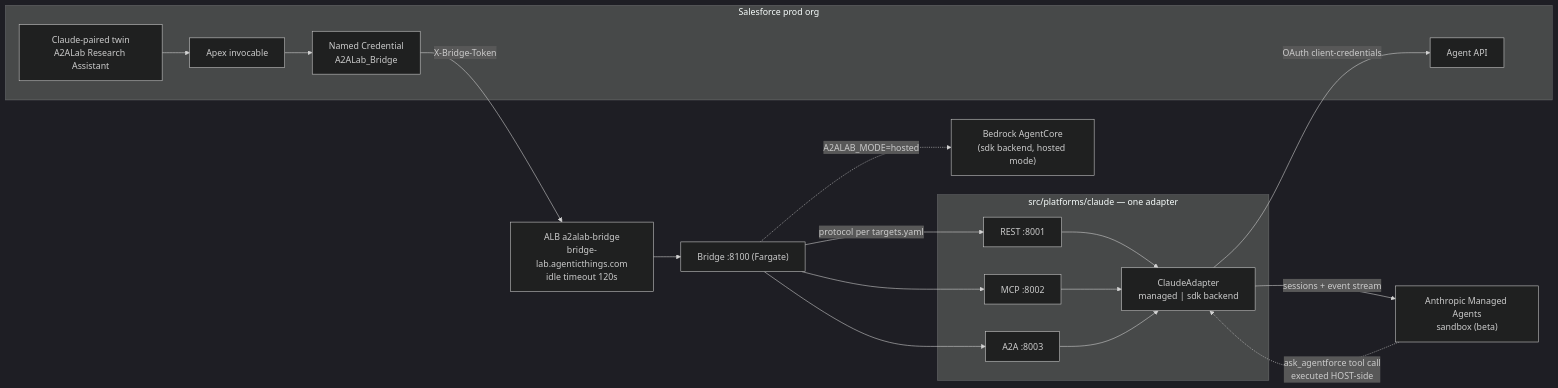
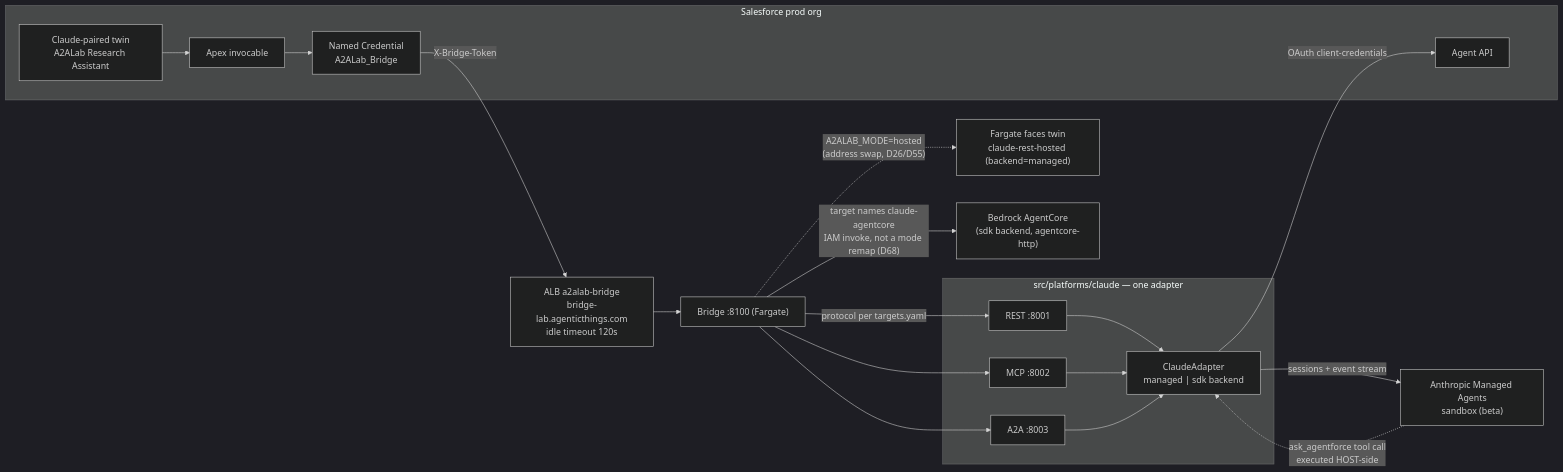
One commit to congmingwudi/a2a-lab changed the third of 4 diagrams in README.md. Above: the diagram before and after it, drawn with Mermaid (dark theme). The commit also changed other lines of this file and 13 other files, not shown here.

Commit message:
WS16/insights: refresh insights, diagrams, deployment map, and console copy

````diff
--- a/README.md
+++ b/README.md
@@ -327,35 +327,37 @@
 ```mermaid
 flowchart LR
     subgraph sforg["Salesforce prod org"]
         AF["Claude-paired twin<br/>A2ALab Research Assistant"]
         APEX["Apex invocable"]
         NC["Named Credential<br/>A2ALab_Bridge"]
         AGENTAPI["Agent API"]
         AF --> APEX --> NC
     end
 
     ALB["ALB a2alab-bridge<br/>bridge-lab.agenticthings.com<br/>idle timeout 120s"]
     BR["Bridge :8100 (Fargate)"]
 
     subgraph claude["src/platforms/claude — one adapter"]
         REST["REST :8001"]
         MCP["MCP :8002"]
         A2A["A2A :8003"]
         ADAPTER["ClaudeAdapter<br/>managed | sdk backend"]
         REST --> ADAPTER
         MCP --> ADAPTER
         A2A --> ADAPTER
     end
 
     CMA["Anthropic Managed Agents<br/>sandbox (beta)"]
-    ACC["Bedrock AgentCore<br/>(sdk backend, hosted mode)"]
+    FACES["Fargate faces twin<br/>claude-rest-hosted (backend=managed)"]
+    ACC["Bedrock AgentCore<br/>(sdk backend, agentcore-http)"]
 
     NC -- "X-Bridge-Token" --> ALB --> BR
     BR -- "protocol per targets.yaml" --> REST
     BR --> MCP
     BR --> A2A
-    BR -. "A2ALAB_MODE=hosted" .-> ACC
+    BR -. "A2ALAB_MODE=hosted<br/>(address swap, D26/D55)" .-> FACES
+    BR -- "target names claude-agentcore<br/>IAM invoke, not a mode remap (D68)" --> ACC
     ADAPTER -- "sessions + event stream" --> CMA
     CMA -. "ask_agentforce tool call<br/>executed HOST-side" .-> ADAPTER
     ADAPTER -- "OAuth client-credentials" --> AGENTAPI
 ```
````
